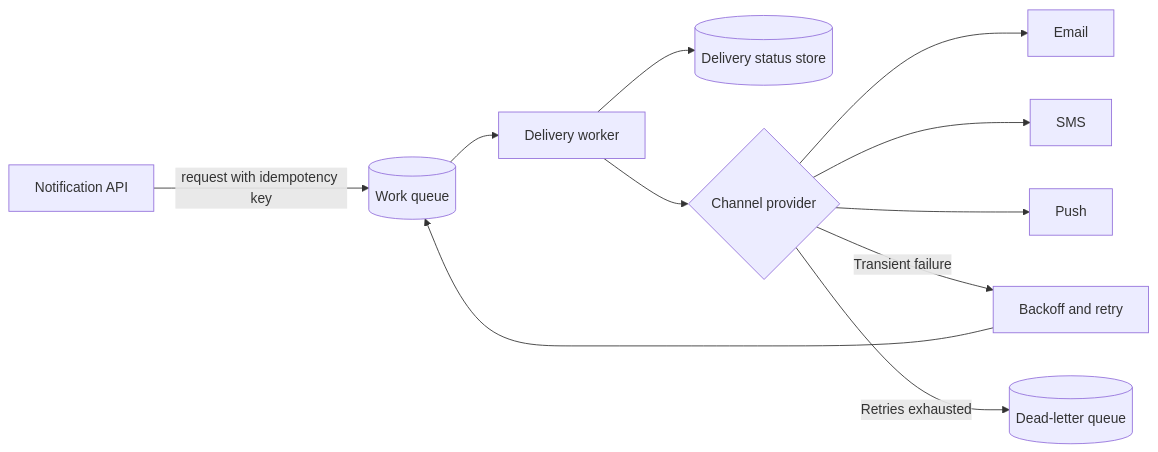
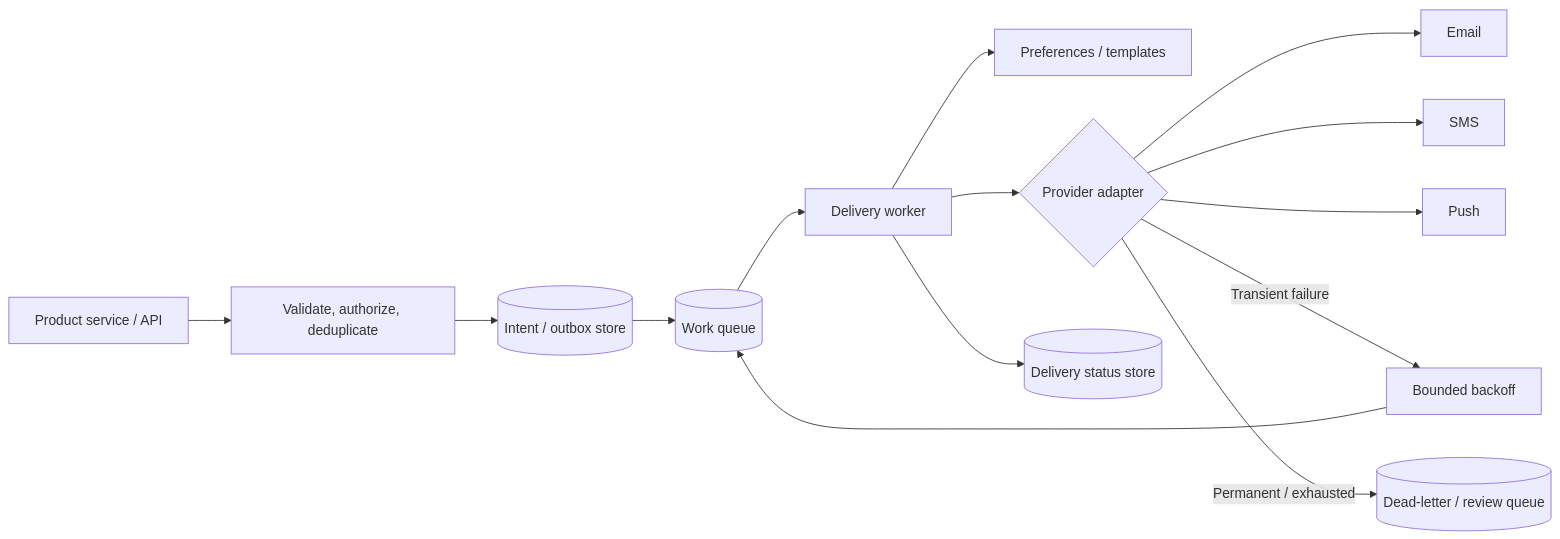
One commit to nahezsakharkar/interview-prep changed the diagram in 06-system-design/notification-system.md. Above: the diagram before and after it, drawn with Mermaid. The commit also changed other lines of this file and 27 other files, not shown here.

````diff
--- a/06-system-design/notification-system.md
+++ b/06-system-design/notification-system.md
@@ -26,13 +61,16 @@
 ```mermaid
 flowchart LR
-    API[Notification API] -->|request with idempotency key| Queue[(Work queue)]
-    Queue --> Worker[Delivery worker]
-    Worker --> Status[(Delivery status store)]
-    Worker --> Provider{Channel provider}
-    Provider --> Email[Email]
-    Provider --> SMS[SMS]
-    Provider --> Push[Push]
-    Provider -->|Transient failure| Retry[Backoff and retry]
-    Retry --> Queue
-    Provider -->|Retries exhausted| DLQ[(Dead-letter queue)]
+        caller[Product service / API] --> validate[Validate, authorize, deduplicate]
+        validate --> outbox[(Intent / outbox store)]
+        outbox --> queue[(Work queue)]
+        queue --> worker[Delivery worker]
+        worker --> prefs[Preferences / templates]
+        worker --> provider{Provider adapter}
+        provider --> email[Email]
+        provider --> sms[SMS]
+        provider --> push[Push]
+        provider -->|Transient failure| retry[Bounded backoff]
+        retry --> queue
+        provider -->|Permanent / exhausted| dlq[(Dead-letter / review queue)]
+        worker --> status[(Delivery status store)]
 ```
````
